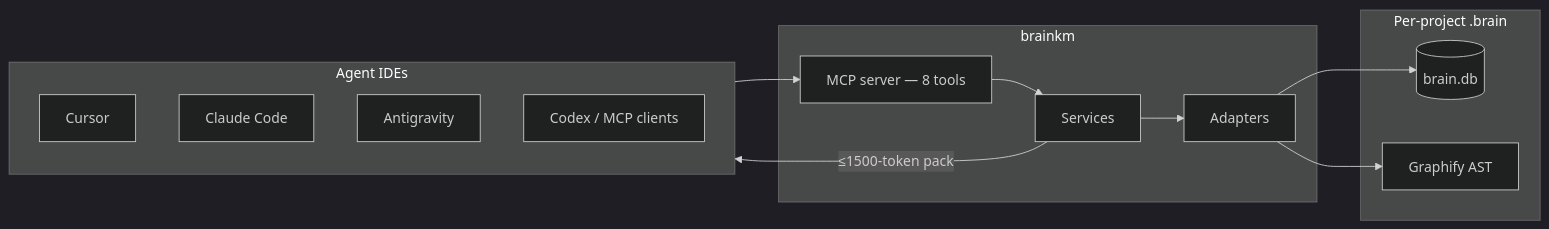
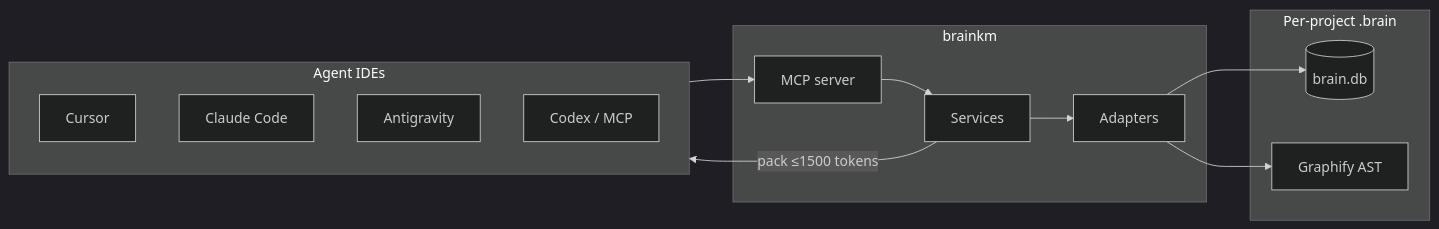
The diagram in README.md (noyal1234/MemNetwork), drawn with Mermaid (dark theme) before and after one commit. The commit also changed other lines of this file and 4 other files, not shown here.

````diff
--- a/README.md
+++ b/README.md
@@ -71,26 +101,26 @@
 ```mermaid
 flowchart LR
   subgraph hosts [Agent IDEs]
     Cursor[Cursor]
     Claude[Claude Code]
     AGY[Antigravity]
-    Other[Codex / MCP clients]
+    Other[Codex / MCP]
   end
 
-  subgraph brainkm [brainkm]
-    MCP[MCP server — 8 tools]
+  subgraph pkg [brainkm]
+    MCP[MCP server]
     Services[Services]
     Adapters[Adapters]
   end
 
   subgraph brain [Per-project .brain]
     DB[(brain.db)]
     Graph[Graphify AST]
   end
 
   hosts --> MCP
   MCP --> Services --> Adapters
   Adapters --> DB
   Adapters --> Graph
-  Services -->|"≤1500-token pack"| hosts
+  Services -->|"pack ≤1500 tokens"| hosts
 ```
````
